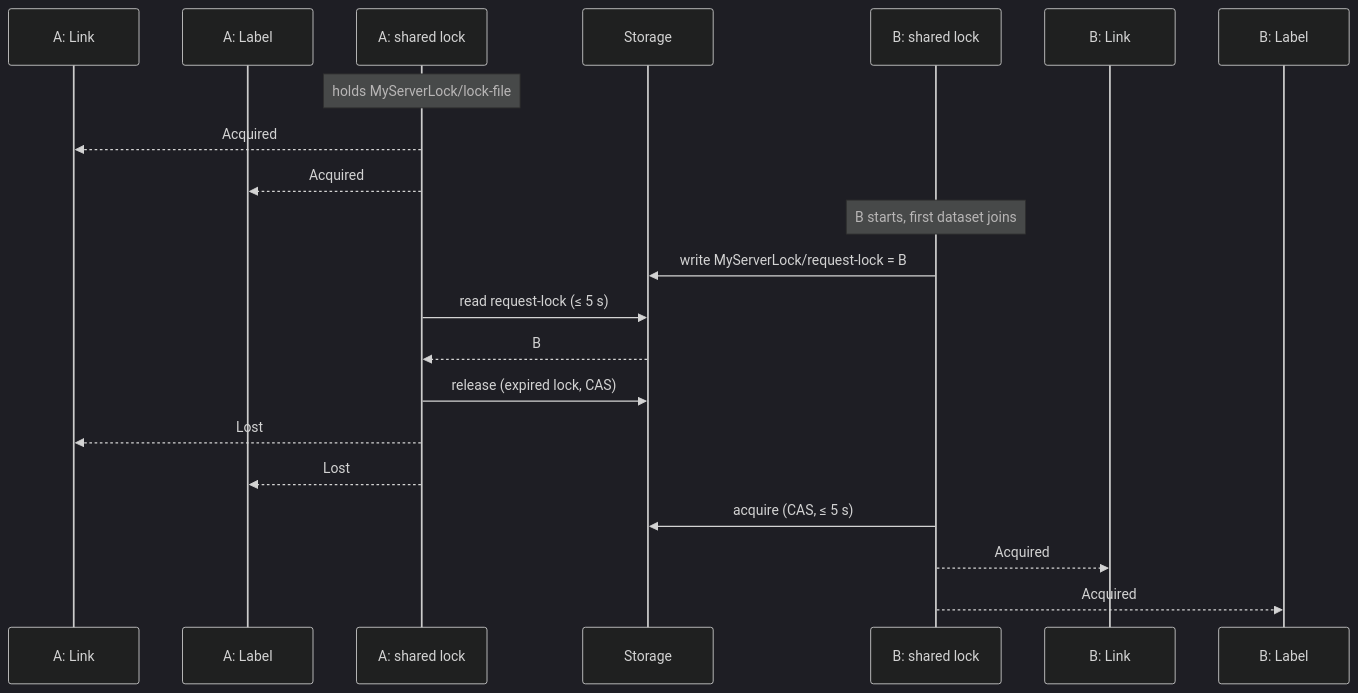
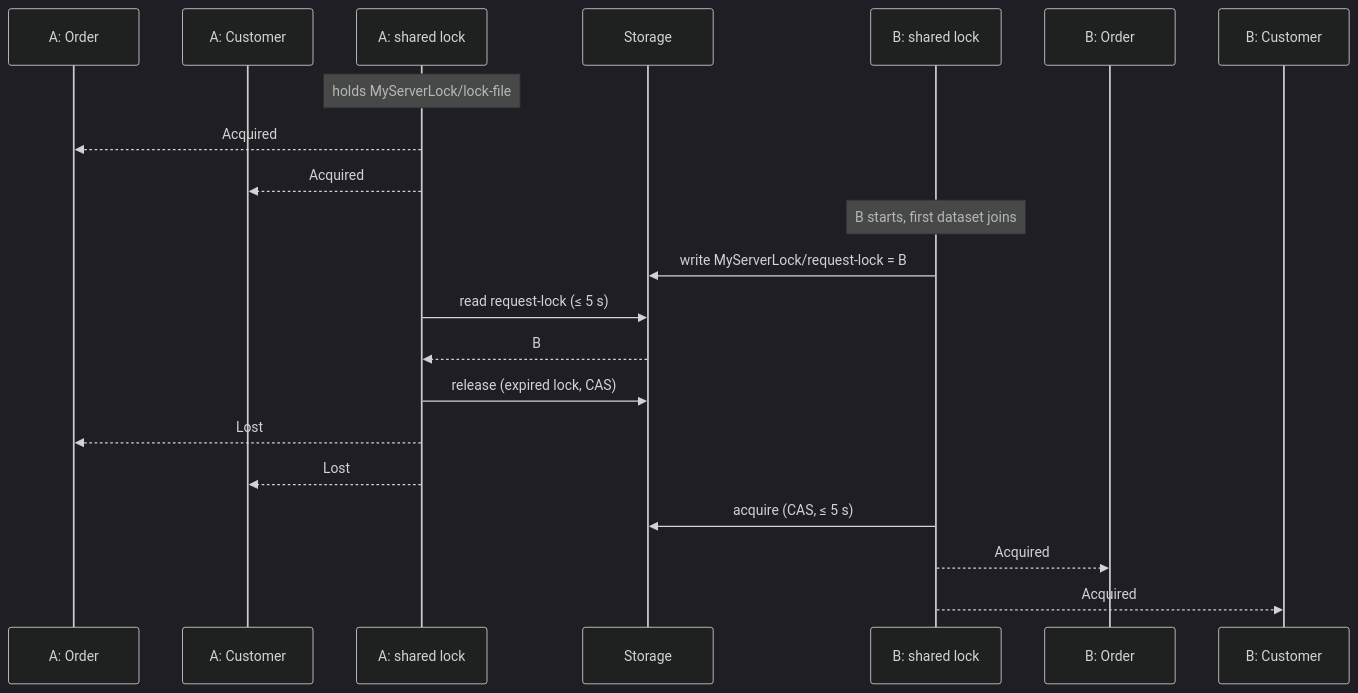
Before and after one commit to HighTech-Innovators/RxDatasets-dotnet: diagram 16 of 16 in docs/distributed-lock.md, drawn with Mermaid (dark theme). The commit also changed other lines of this file and 18 other files, not shown here.

````diff
--- a/docs/distributed-lock.md
+++ b/docs/distributed-lock.md
@@ -498,23 +498,23 @@
 ```mermaid
 sequenceDiagram
-    participant A1 as A: Link
-    participant A2 as A: Label
+    participant A1 as A: Order
+    participant A2 as A: Customer
     participant LA as A: shared lock
     participant S as Storage
     participant LB as B: shared lock
-    participant B1 as B: Link
-    participant B2 as B: Label
+    participant B1 as B: Order
+    participant B2 as B: Customer
     Note over LA: holds MyServerLock/lock-file
     LA-->>A1: Acquired
     LA-->>A2: Acquired
     Note over LB: B starts, first dataset joins
     LB->>S: write MyServerLock/request-lock = B
     LA->>S: read request-lock (≤ 5 s)
     S-->>LA: B
     LA->>S: release (expired lock, CAS)
     LA-->>A1: Lost
     LA-->>A2: Lost
     LB->>S: acquire (CAS, ≤ 5 s)
     LB-->>B1: Acquired
     LB-->>B2: Acquired
 ```
````
